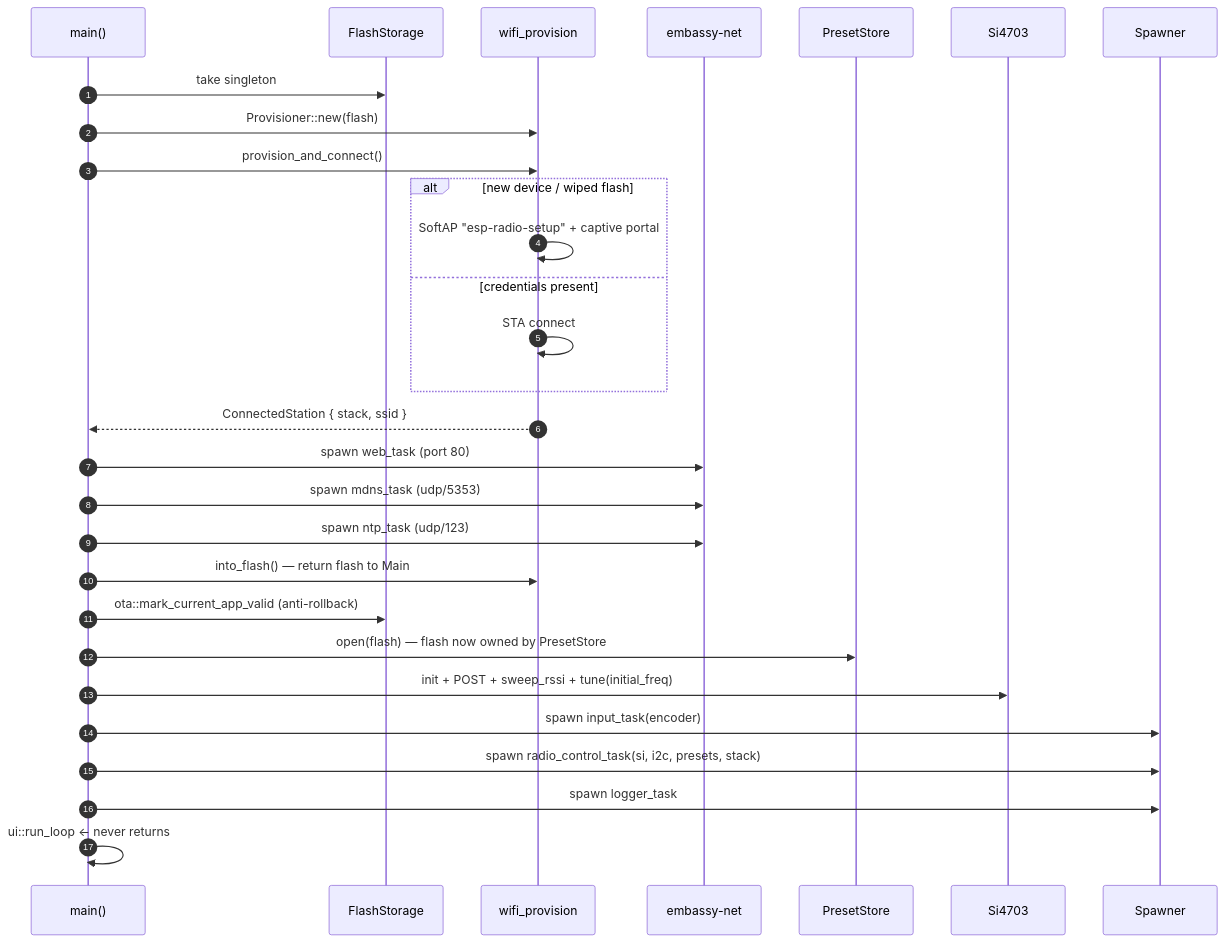
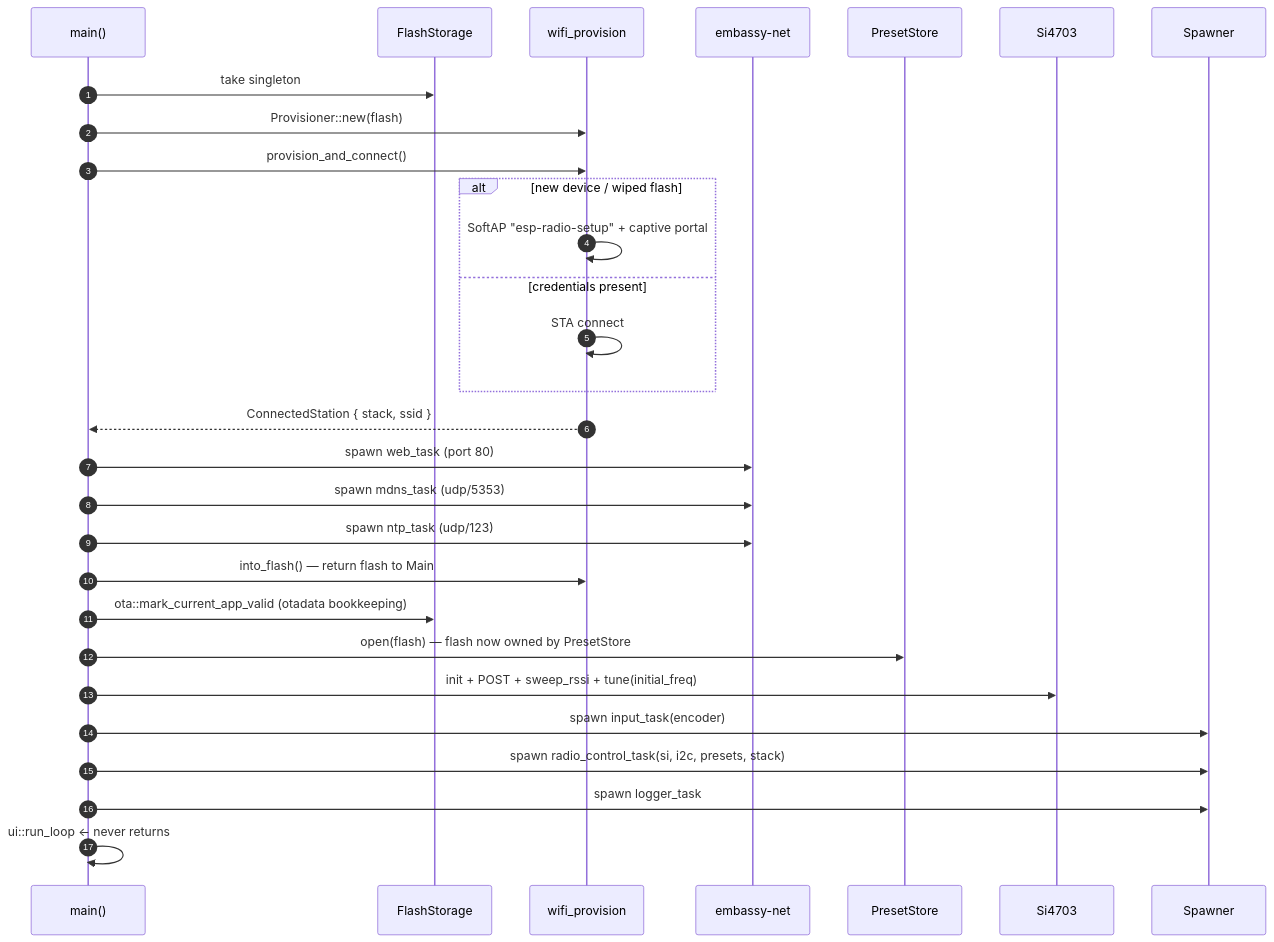
Before and after one commit to lf-wxp/radio: the second of 2 diagrams in ARCHITECTURE.md, drawn with Mermaid. The commit also changed other lines of this file and 5 other files, not shown here.

First line of the commit message:
docs(ota): downgrade 'anti-rollback' claim to honest 'rollback-ready' bookkeeping

````diff
--- a/ARCHITECTURE.md
+++ b/ARCHITECTURE.md
@@ -141,32 +141,32 @@
 ```mermaid
 sequenceDiagram
   autonumber
   participant Main as main()
   participant FS as FlashStorage
   participant WP as wifi_provision
   participant Net as embassy-net
   participant PS as PresetStore
   participant SI as Si4703
   participant SP as Spawner
 
   Main->>FS: take singleton
   Main->>WP: Provisioner::new(flash)
   Main->>WP: provision_and_connect()
   alt new device / wiped flash
     WP->>WP: SoftAP "esp-radio-setup" + captive portal
   else credentials present
     WP->>WP: STA connect
   end
   WP-->>Main: ConnectedStation { stack, ssid }
     Main->>Net: spawn web_task (port 80)
     Main->>Net: spawn mdns_task (udp/5353)
     Main->>Net: spawn ntp_task (udp/123)
   Main->>WP: into_flash() — return flash to Main
-  Main->>FS: ota::mark_current_app_valid (anti-rollback)
+  Main->>FS: ota::mark_current_app_valid (otadata bookkeeping)
   Main->>PS: open(flash) — flash now owned by PresetStore
   Main->>SI: init + POST + sweep_rssi + tune(initial_freq)
   Main->>SP: spawn input_task(encoder)
   Main->>SP: spawn radio_control_task(si, i2c, presets, stack)
   Main->>SP: spawn logger_task
   Main->>Main: ui::run_loop  ← never returns
 ```
````
